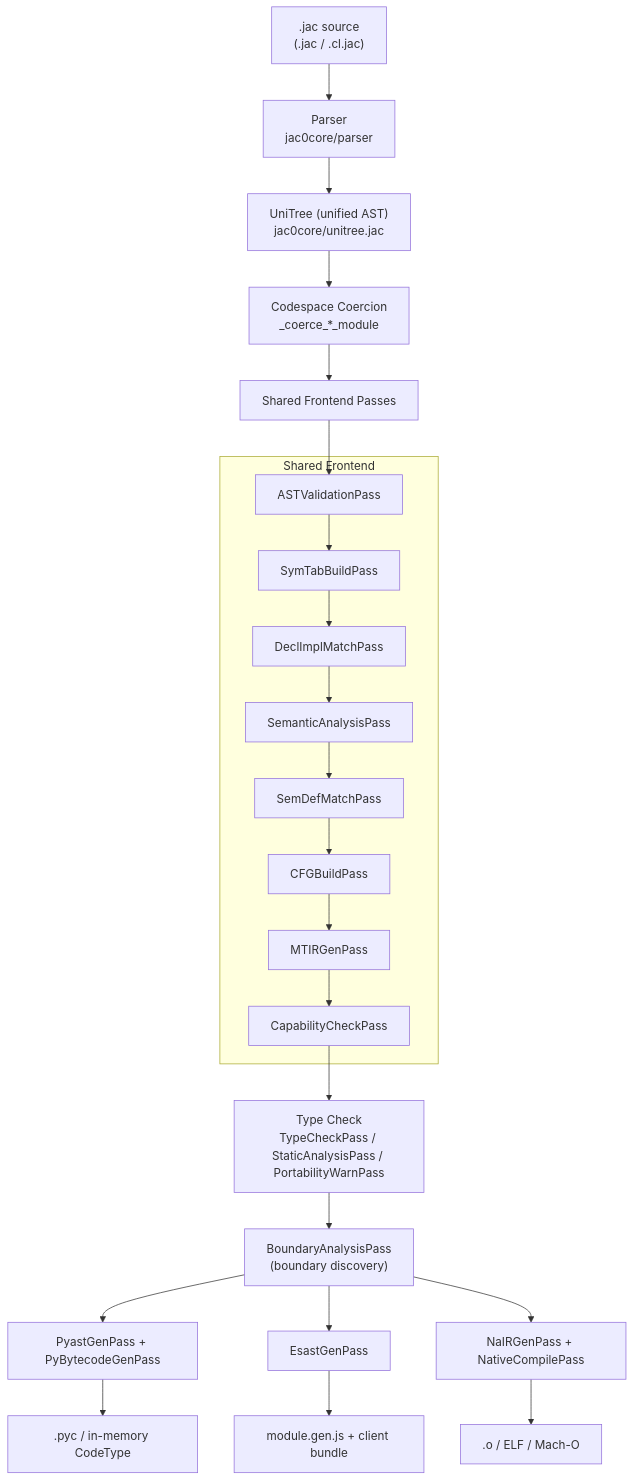
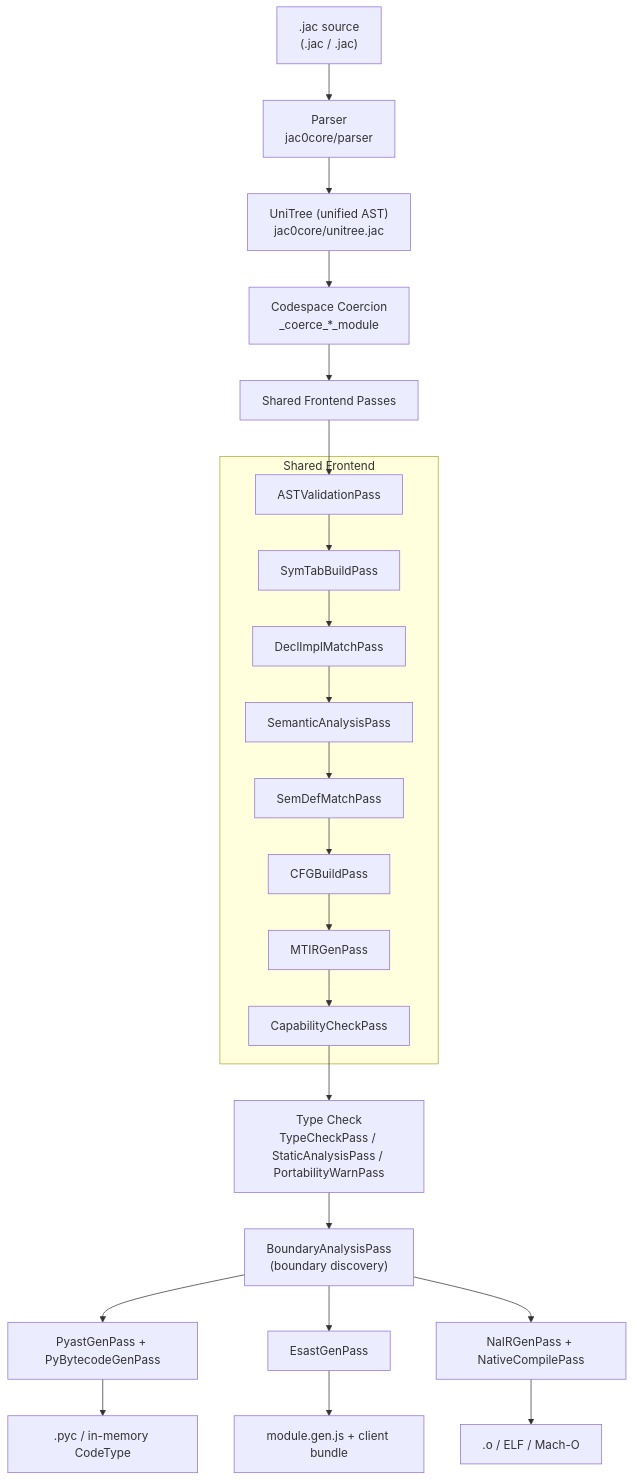
Before and after one commit to jaseci-labs/jaseci: the second of 3 diagrams in jac/jaclang/cli/docs/internals/compiler_architecture.md, drawn with Mermaid. The commit also changed other lines of this file and 556 other files, not shown here.

````diff
--- a/jac/jaclang/cli/docs/internals/compiler_architecture.md
+++ b/jac/jaclang/cli/docs/internals/compiler_architecture.md
@@ -98,29 +98,29 @@
 ```mermaid
 graph TD
-    SRC[".jac source<br/>(.jac / .cl.jac)"] --> PARSE[Parser<br/>jac0core/parser]
+    SRC[".jac source<br/>(.jac / .jac)"] --> PARSE[Parser<br/>jac0core/parser]
     PARSE --> UNI["UniTree (unified AST)<br/>jac0core/unitree.jac"]
     UNI --> COERCE["Codespace Coercion<br/>_coerce_*_module"]
     COERCE --> FRONTEND[Shared Frontend Passes]
 
     subgraph FRONTEND_PASSES["Shared Frontend"]
         FE1[ASTValidationPass]
         FE2[SymTabBuildPass]
         FE3[DeclImplMatchPass]
         FE4[SemanticAnalysisPass]
         FE5[SemDefMatchPass]
         FE6[CFGBuildPass]
         FE7[MTIRGenPass]
         FE8[CapabilityCheckPass]
     end
 
     FRONTEND --> FE1 --> FE2 --> FE3 --> FE4 --> FE5 --> FE6 --> FE7 --> FE8
     FE8 --> TYPECK["Type Check<br/>TypeCheckPass / StaticAnalysisPass / PortabilityWarnPass"]
     TYPECK --> INTEROP["BoundaryAnalysisPass<br/>(boundary discovery)"]
     INTEROP --> SV[PyastGenPass + PyBytecodeGenPass]
     INTEROP --> CL[EsastGenPass]
     INTEROP --> NA[NaIRGenPass + NativeCompilePass]
 
     SV --> SVOUT[".pyc / in-memory CodeType"]
     CL --> CLOUT["module.gen.js + client bundle"]
     NA --> NAOUT[".o / ELF / Mach-O"]
 ```
````
